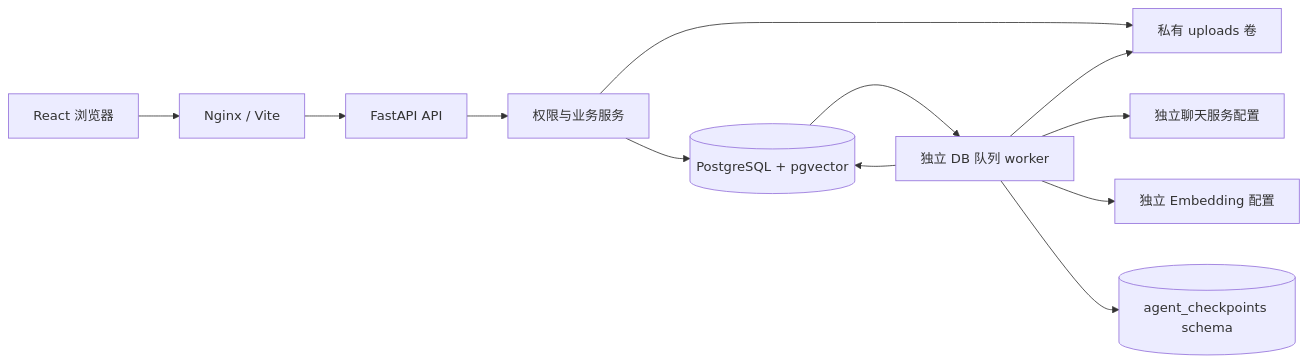
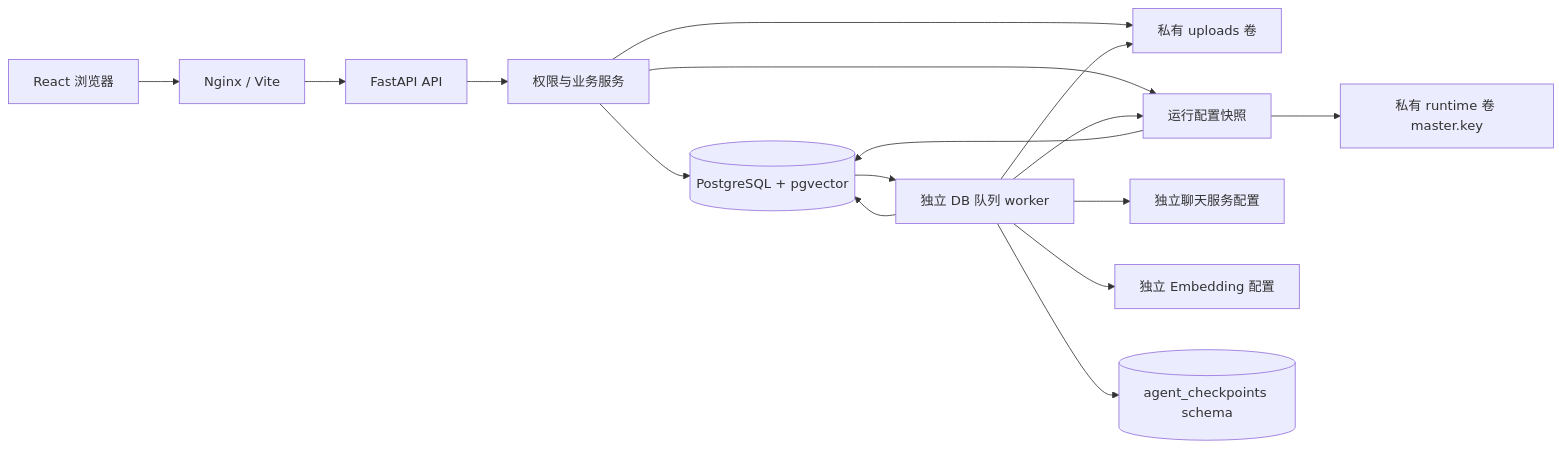
The diagram in docs/architecture.md (LangYiSheng/ZhiCluster), drawn with Mermaid before and after one commit. The commit also changed other lines of this file and 70 other files, not shown here.

````diff
--- a/docs/architecture.md
+++ b/docs/architecture.md
@@ -5,14 +5,18 @@
 ```mermaid
 flowchart LR
   Browser[React 浏览器] --> Web[Nginx / Vite]
   Web --> API[FastAPI API]
   API --> Services[权限与业务服务]
   Services --> DB[(PostgreSQL + pgvector)]
   Services --> Files[私有 uploads 卷]
+  Services --> Config[运行配置快照]
+  Config --> DB
+  Config --> Keys[私有 runtime 卷 master.key]
   DB --> Worker[独立 DB 队列 worker]
   Worker --> Files
   Worker --> Chat[独立聊天服务配置]
   Worker --> Embed[独立 Embedding 配置]
   Worker --> DB
   Worker --> Checkpoint[(agent_checkpoints schema)]
+  Worker --> Config
 ```
````
